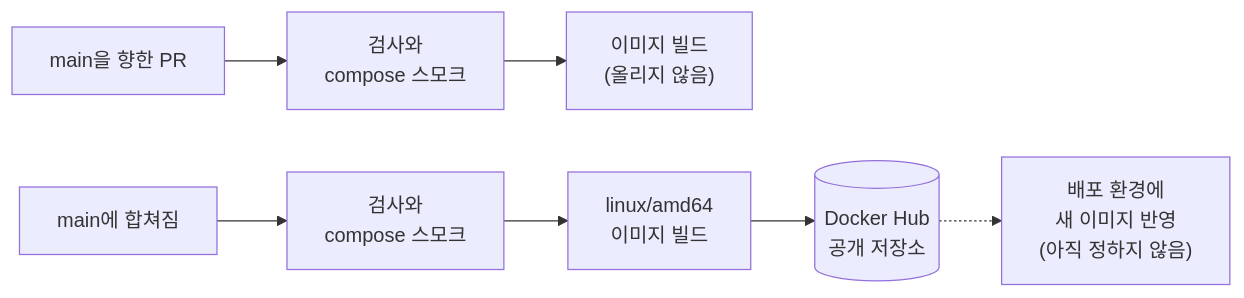
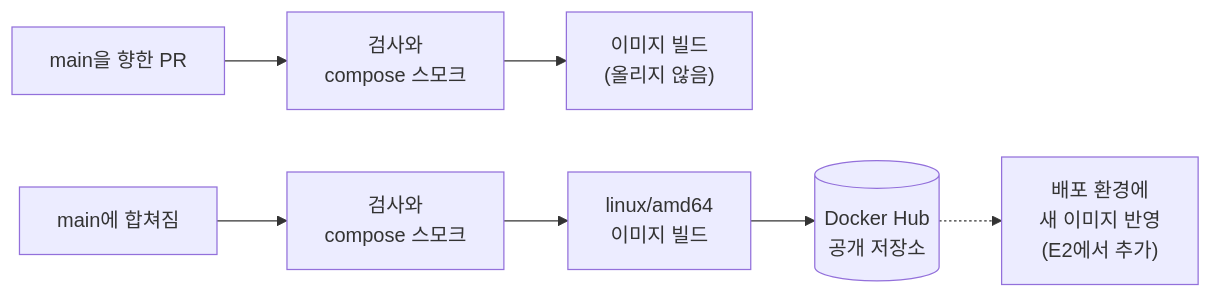
Before and after one commit to diegesis-labs/BE: the second of 2 diagrams in docs/INFRA.md, drawn with Mermaid. The commit also changed other lines of this file and 11 other files, not shown here.

````diff
--- a/docs/INFRA.md
+++ b/docs/INFRA.md
@@ -112,9 +104,9 @@
 ```mermaid
 flowchart LR
   PR["main을 향한 PR"] --> C1["검사와<br/>compose 스모크"]
   C1 --> B1["이미지 빌드<br/>(올리지 않음)"]
   M["main에 합쳐짐"] --> C2["검사와<br/>compose 스모크"]
   C2 --> B2["linux/amd64<br/>이미지 빌드"]
   B2 --> HUB[("Docker Hub<br/>공개 저장소")]
-  HUB -.-> DEP["배포 환경에<br/>새 이미지 반영<br/>(아직 정하지 않음)"]
+  HUB -.-> DEP["배포 환경에<br/>새 이미지 반영<br/>(E2에서 추가)"]
 ```
````
